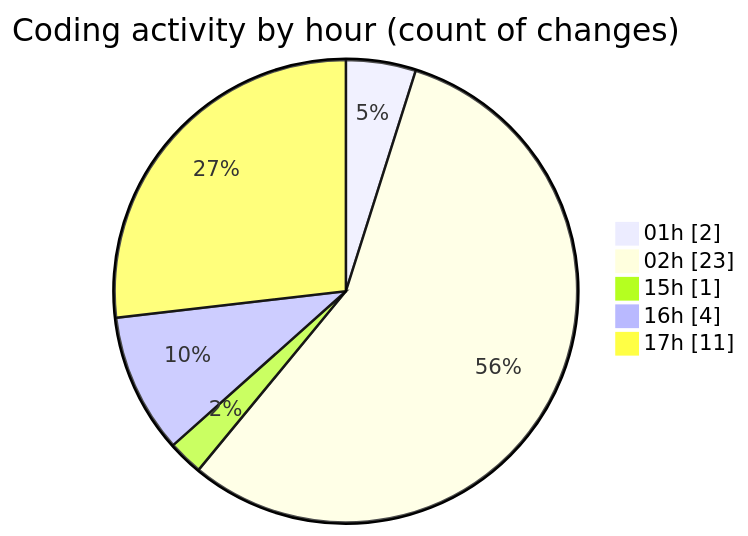
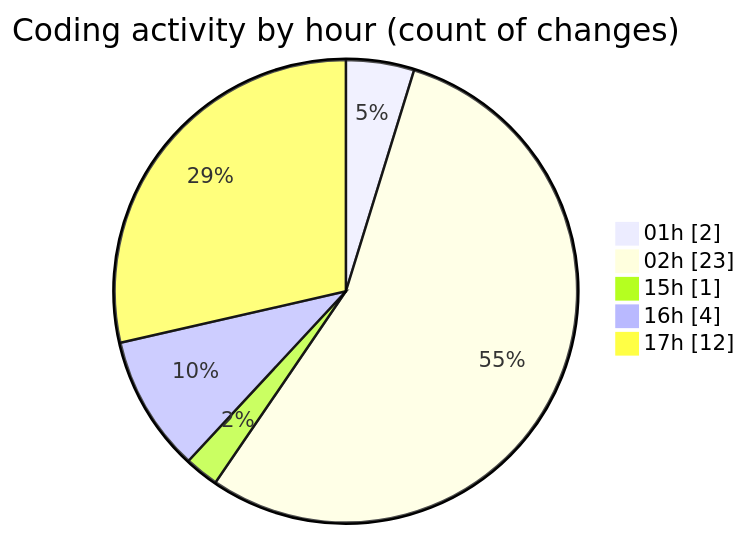
Before and after one commit to mevix1/code-tracking: the second of 2 diagrams in 2025-10-01/open-health/README.md, drawn with Mermaid. The commit also changed other lines of this file and 1 other file, not shown here.

````diff
--- a/2025-10-01/open-health/README.md
+++ b/2025-10-01/open-health/README.md
@@ -51,9 +52,9 @@
 ```mermaid
 pie showData
 title Coding activity by hour (count of changes)
 "01h" : 2
 "02h" : 23
 "15h" : 1
 "16h" : 4
-"17h" : 11
+"17h" : 12
 ```
````
